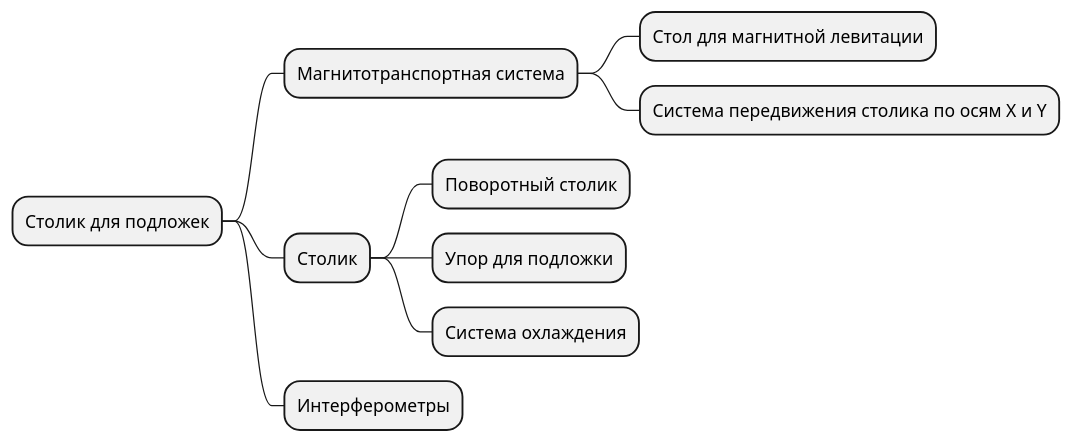
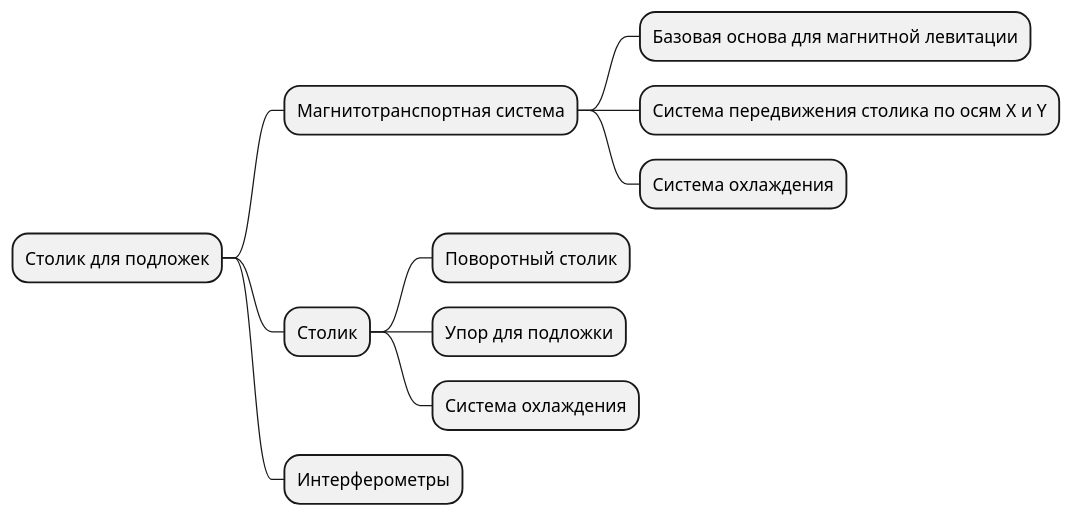
The diagram in assets/wafer_table.pu (TsarS/lithograph), drawn with PlantUML before and after one commit. The commit also changed 3 other files, not shown here.

```diff
--- a/assets/wafer_table.pu
+++ b/assets/wafer_table.pu
@@ -1,11 +1,12 @@
 @startmindmap
 * Столик для подложек
 ** Магнитотранспортная система
-*** Стол для магнитной левитации
+*** Базовая основа для магнитной левитации
 *** Система передвижения столика по осям X и Y
+*** Система охлаждения
 ** Столик
 *** Поворотный столик
 *** Упор для подложки
 *** Система охлаждения
 ** Интерферометры
 @endmindmap
```
